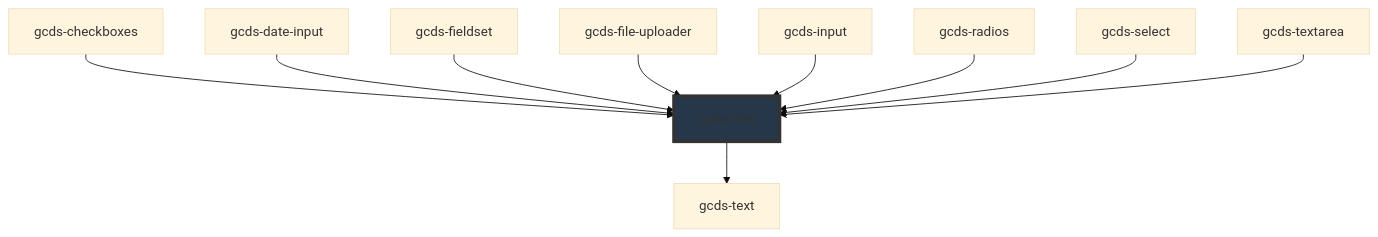
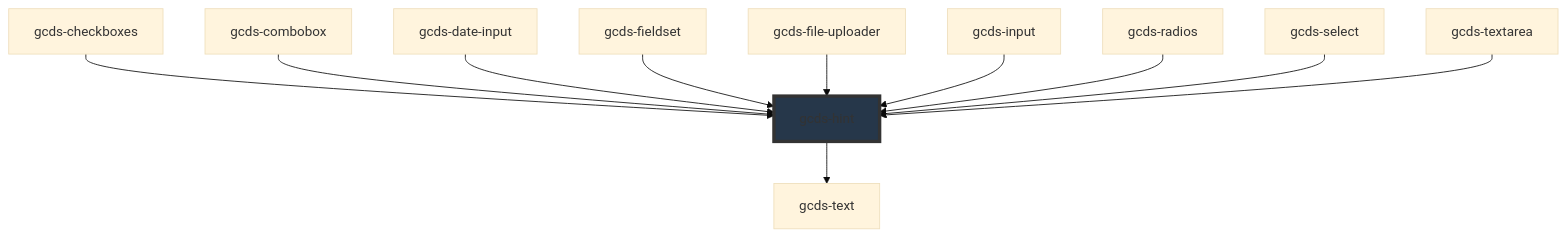
One commit to cds-snc/gcds-components changed the diagram in packages/web/src/components/gcds-hint/readme.md. Above: the diagram before and after it, drawn with Mermaid (base theme). The commit also changed other lines of this file and 25 other files, not shown here.

Commit message:
feat(gcds-combobox): add gcds-combobox component

````diff
--- a/packages/web/src/components/gcds-hint/readme.md
+++ b/packages/web/src/components/gcds-hint/readme.md
@@ -51,13 +52,14 @@
 ```mermaid
 graph TD;
   gcds-hint --> gcds-text
   gcds-checkboxes --> gcds-hint
+  gcds-combobox --> gcds-hint
   gcds-date-input --> gcds-hint
   gcds-fieldset --> gcds-hint
   gcds-file-uploader --> gcds-hint
   gcds-input --> gcds-hint
   gcds-radios --> gcds-hint
   gcds-select --> gcds-hint
   gcds-textarea --> gcds-hint
   style gcds-hint fill:#26374a,stroke:#333,stroke-width:4px
 ```
````
